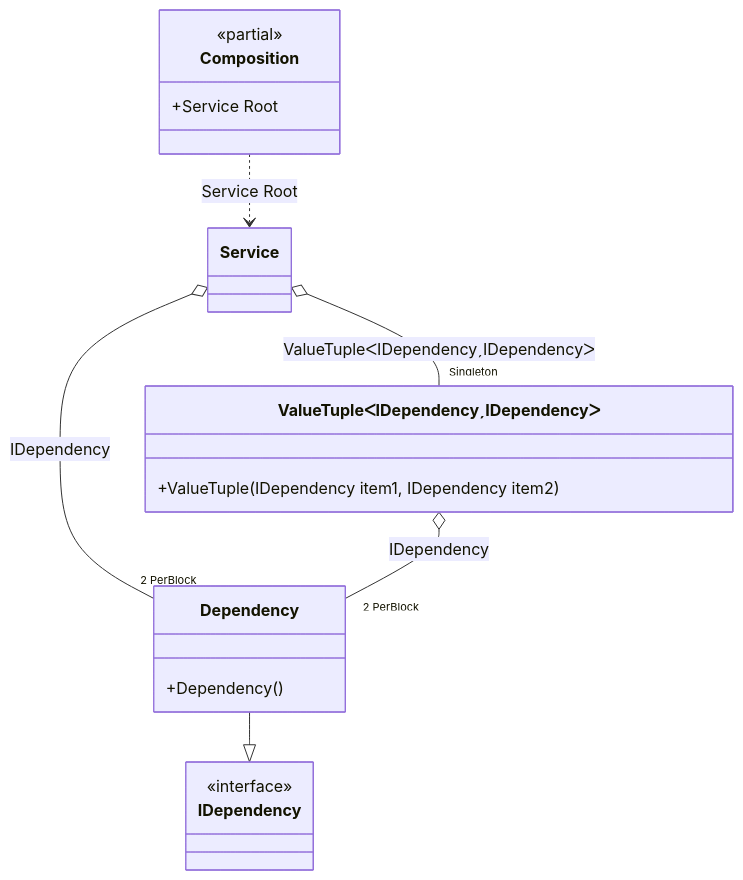
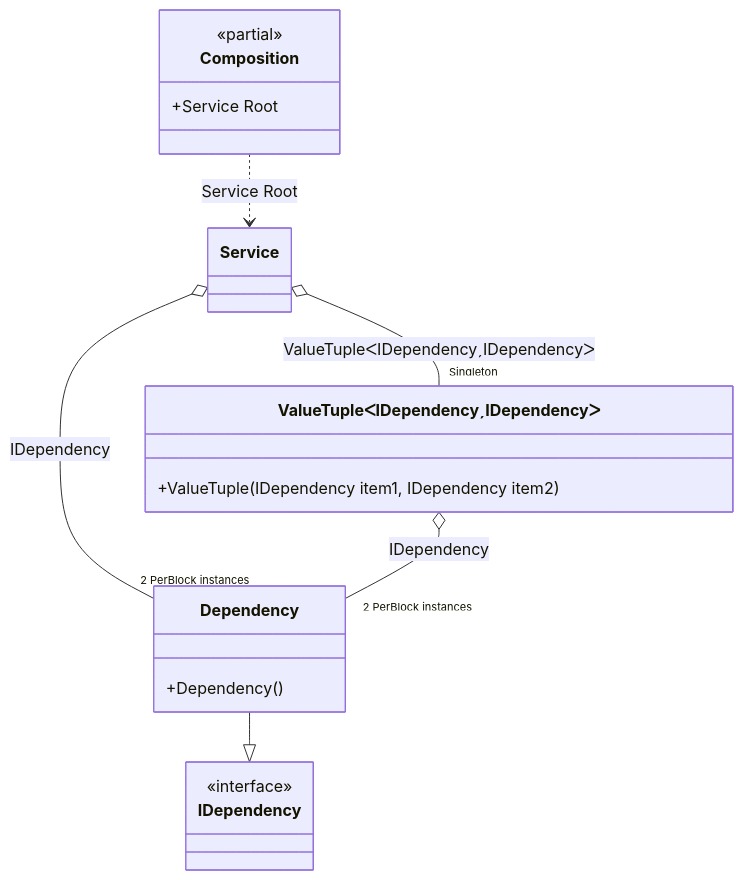
The diagram in readme/perblock.md (DevTeam/Pure.DI), drawn with Mermaid before and after one commit. The commit also changed 10 other files, not shown here.

````diff
--- a/readme/perblock.md
+++ b/readme/perblock.md
@@ -99,21 +99,21 @@
 ```mermaid
 classDiagram
 	class Composition {
 		<<partial>>
 		+Service Root
 	}
 	Dependency --|> IDependency
 	class Dependency {
 		+Dependency()
 	}
 	class ValueTupleᐸIDependencyˏIDependencyᐳ {
 		+ValueTuple(IDependency item1, IDependency item2)
 	}
 	class IDependency {
 		<<interface>>
 	}
 	Composition ..> Service : Service Root
-	Service o-- "2 PerBlock" Dependency : IDependency
+	Service o-- "2 PerBlock instances" Dependency : IDependency
 	Service o-- "Singleton" ValueTupleᐸIDependencyˏIDependencyᐳ : ValueTupleᐸIDependencyˏIDependencyᐳ
-	ValueTupleᐸIDependencyˏIDependencyᐳ o-- "2 PerBlock" Dependency : IDependency
+	ValueTupleᐸIDependencyˏIDependencyᐳ o-- "2 PerBlock instances" Dependency : IDependency
 ```
````
